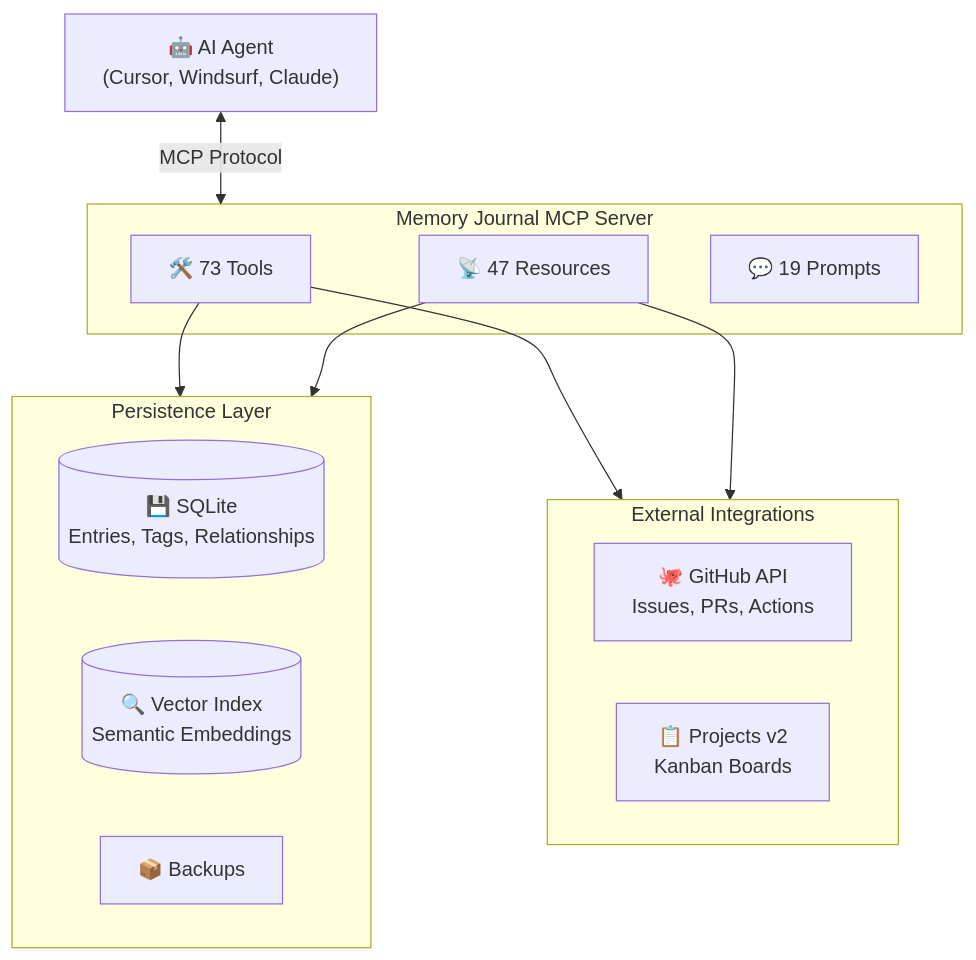
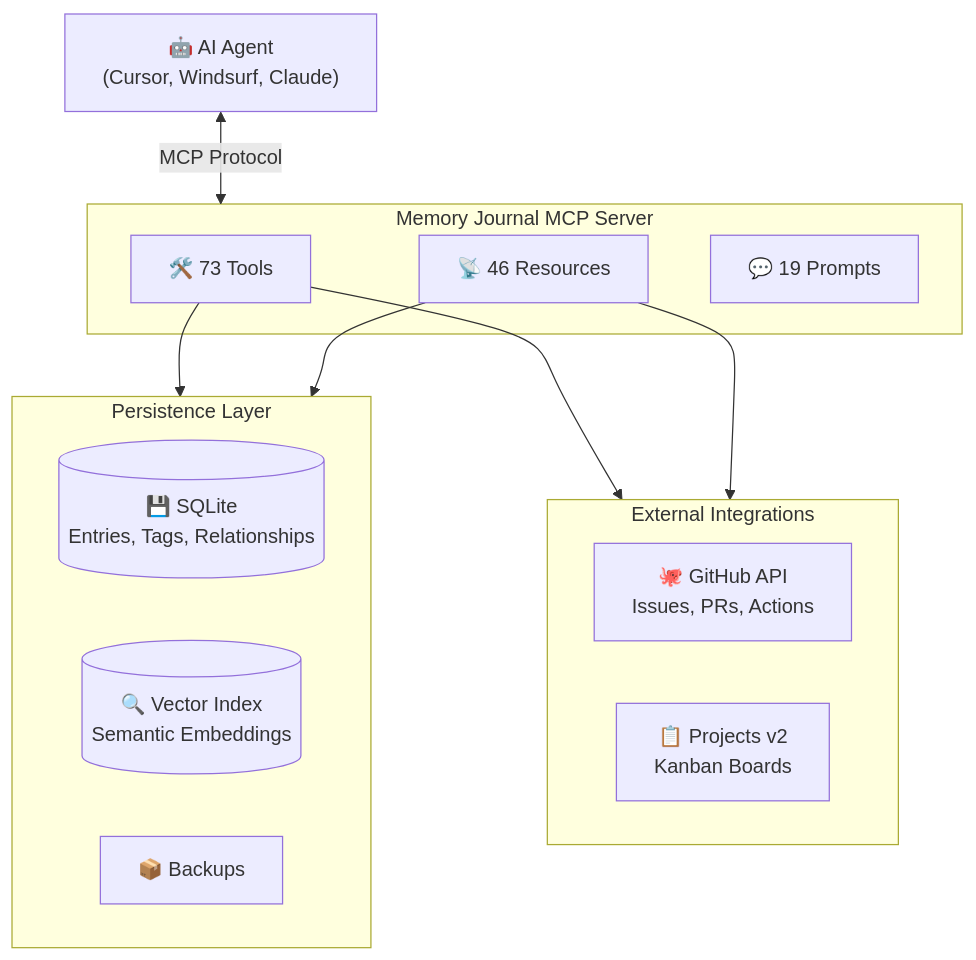
The second of 2 diagrams in README.md (neverinfamous/memory-journal-mcp), drawn with Mermaid before and after one commit. The commit also changed other lines of this file and 2 other files, not shown here.

````diff
--- a/README.md
+++ b/README.md
@@ -744,27 +744,27 @@
 ```mermaid
 flowchart TB
     AI["🤖 AI Agent<br/>(Cursor, Windsurf, Claude)"]
 
     subgraph MCP["Memory Journal MCP Server"]
         Tools["🛠️ 73 Tools"]
-        Resources["📡 47 Resources"]
+        Resources["📡 46 Resources"]
         Prompts["💬 19 Prompts"]
     end
 
     subgraph Storage["Persistence Layer"]
         SQLite[("💾 SQLite<br/>Entries, Tags, Relationships")]
         Vector[("🔍 Vector Index<br/>Semantic Embeddings")]
         Backups["📦 Backups"]
     end
 
     subgraph External["External Integrations"]
         GitHub["🐙 GitHub API<br/>Issues, PRs, Actions"]
         Kanban["📋 Projects v2<br/>Kanban Boards"]
     end
 
     AI <-->|"MCP Protocol"| MCP
     Tools --> Storage
     Tools --> External
     Resources --> Storage
     Resources --> External
 ```
````
